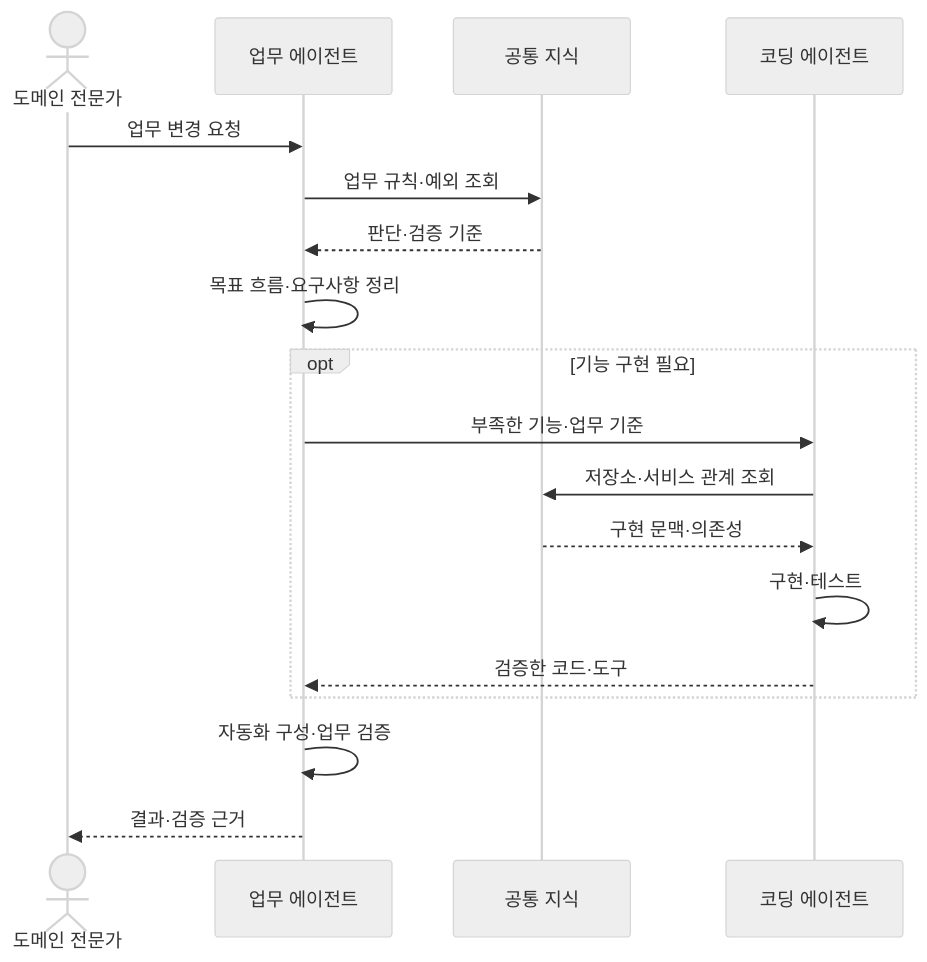
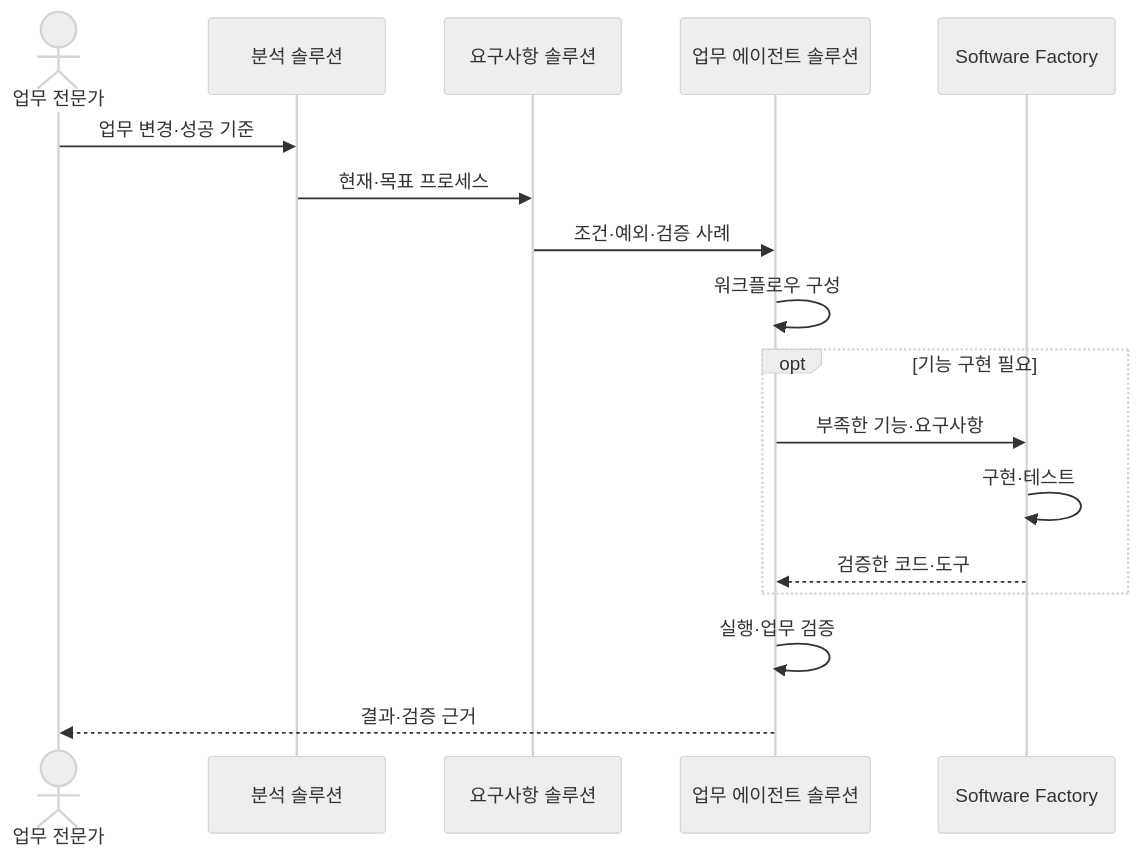
Before and after one commit to haandol/haandol.github.com: the fifth of 6 diagrams in _posts/2026-11-05-enterprise-wide-ax-essentials.md, drawn with Mermaid (neutral theme). The commit also changed other lines of this file and 5 other files, not shown here.

````diff
--- a/_posts/2026-11-05-enterprise-wide-ax-essentials.md
+++ b/_posts/2026-11-05-enterprise-wide-ax-essentials.md
@@ -269,20 +247,19 @@
 ```mermaid
 sequenceDiagram
-  actor O as 도메인 전문가
-  participant B as 업무 에이전트
-  participant K as 공통 지식
-  participant C as 코딩 에이전트
-  O->>B: 업무 변경 요청
-  B->>K: 업무 규칙·예외 조회
-  K-->>B: 판단·검증 기준
-  B->>B: 목표 흐름·요구사항 정리
+  actor O as 업무 전문가
+  participant P as 분석 솔루션
+  participant R as 요구사항 솔루션
+  participant A as 업무 에이전트 솔루션
+  participant F as Software Factory
+  O->>P: 업무 변경·성공 기준
+  P->>R: 현재·목표 프로세스
+  R->>A: 조건·예외·검증 사례
+  A->>A: 워크플로우 구성
   opt 기능 구현 필요
-    B->>C: 부족한 기능·업무 기준
-    C->>K: 저장소·서비스 관계 조회
-    K-->>C: 구현 문맥·의존성
-    C->>C: 구현·테스트
-    C-->>B: 검증한 코드·도구
+    A->>F: 부족한 기능·요구사항
+    F->>F: 구현·테스트
+    F-->>A: 검증한 코드·도구
   end
-  B->>B: 자동화 구성·업무 검증
-  B-->>O: 결과·검증 근거
+  A->>A: 실행·업무 검증
+  A-->>O: 결과·검증 근거
 ```
````
